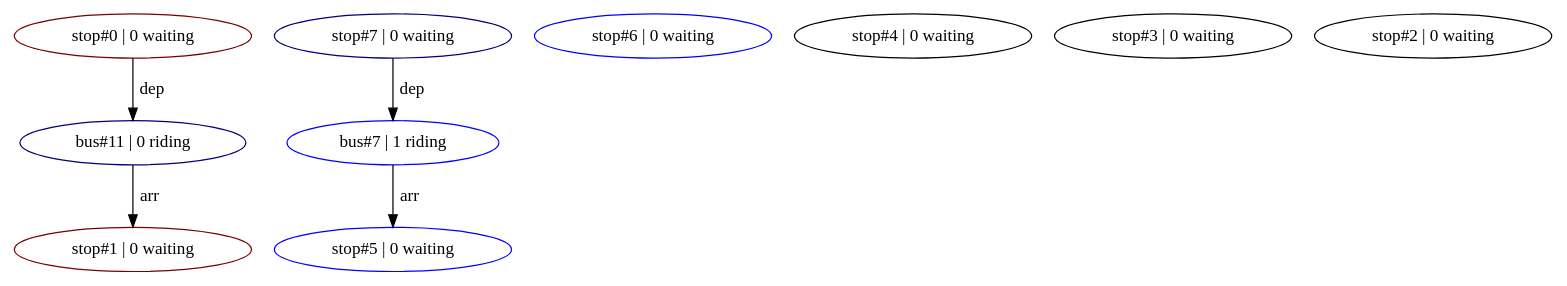
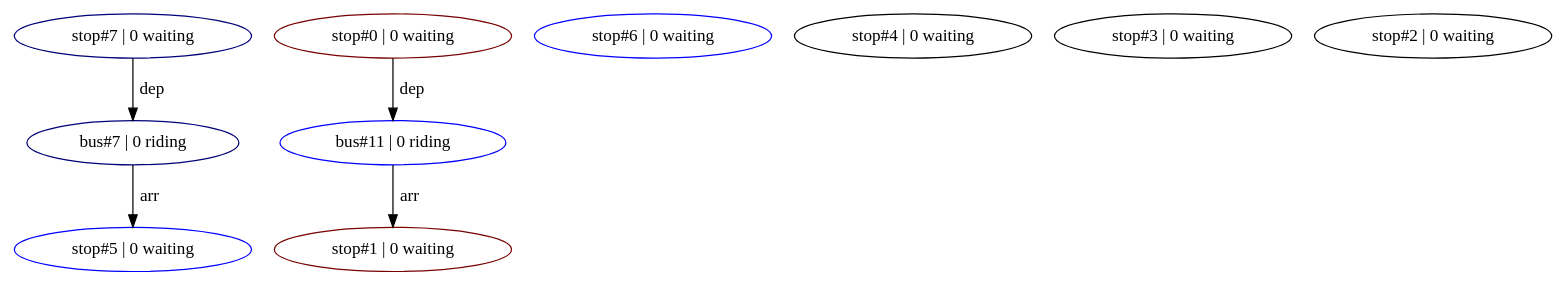
Before and after one commit to spmatthews03/MARTA: the diagram in workspace/MTS/mts_digraph.dot, drawn with Graphviz. The commit also changed 2 other files, not shown here.

```diff
--- a/workspace/MTS/mts_digraph.dot
+++ b/workspace/MTS/mts_digraph.dot
@@ -1,19 +1,19 @@
 digraph G
 {
-  bus11 [ label="bus#11 | 0 riding", color="#000077"];
-  bus7 [ label="bus#7 | 1 riding", color="#0000FF"];
+  bus7 [ label="bus#7 | 0 riding", color="#000077"];
+  bus11 [ label="bus#11 | 0 riding", color="#0000FF"];
 
   stop7 [ label="stop#7 | 0 waiting", color="#000077"];
   stop6 [ label="stop#6 | 0 waiting", color="#0000FF"];
   stop5 [ label="stop#5 | 0 waiting", color="#0000FF"];
   stop4 [ label="stop#4 | 0 waiting", color="#000000"];
   stop3 [ label="stop#3 | 0 waiting", color="#000000"];
   stop2 [ label="stop#2 | 0 waiting", color="#000000"];
   stop1 [ label="stop#1 | 0 waiting", color="#770000"];
   stop0 [ label="stop#0 | 0 waiting", color="#770000"];
 
   stop7 -> bus7 [ label=" dep" ];
   bus7 -> stop5 [ label=" arr" ];
   stop0 -> bus11 [ label=" dep" ];
   bus11 -> stop1 [ label=" arr" ];
 }
```
